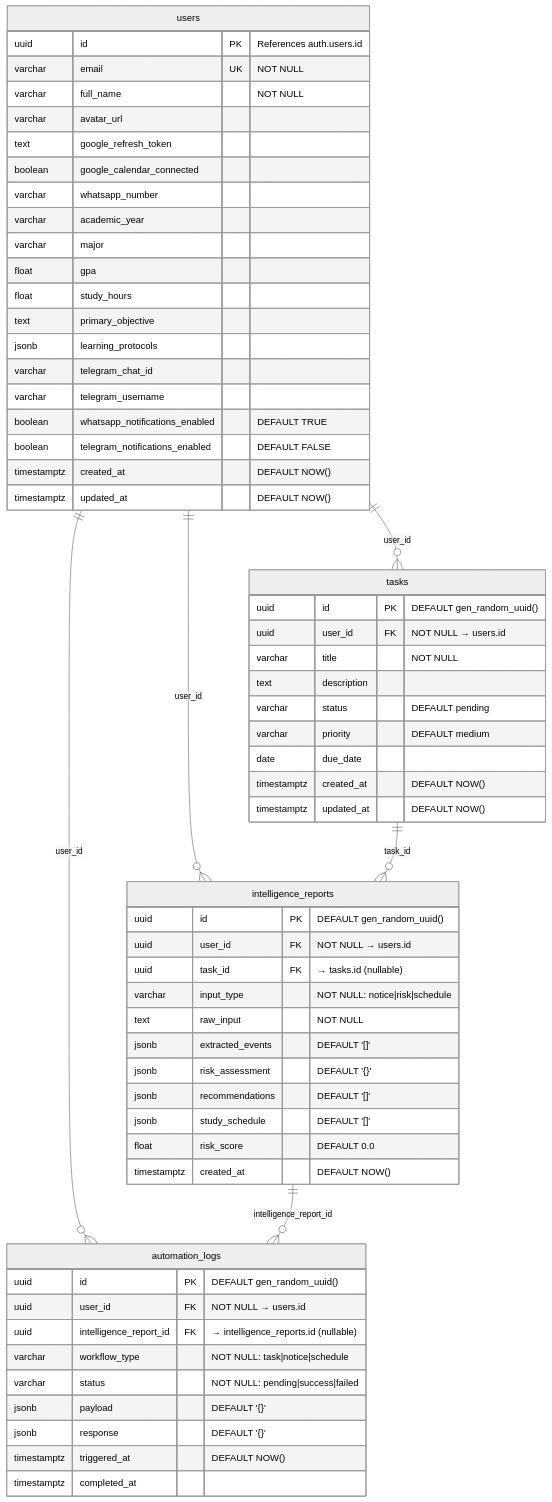
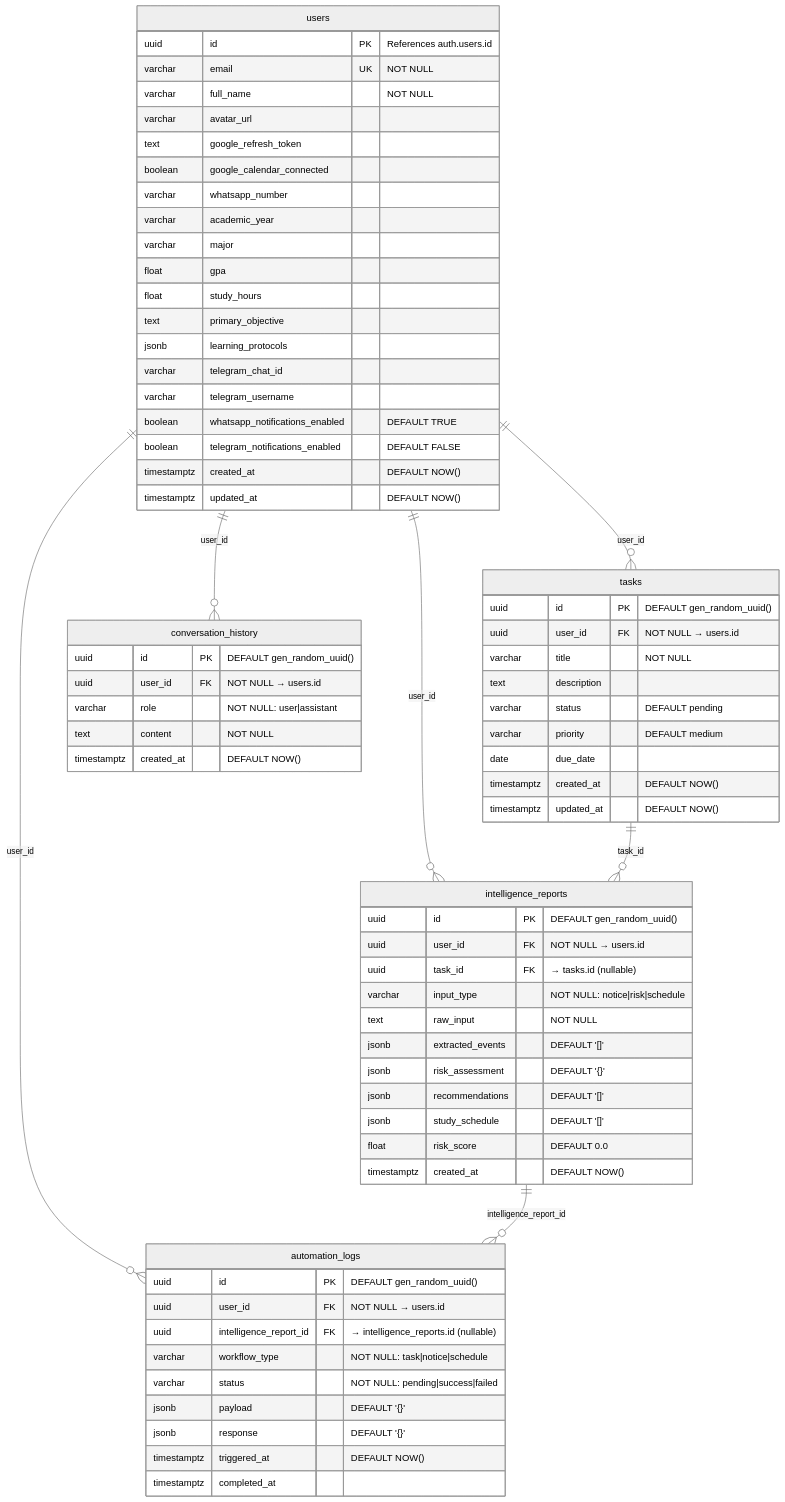
Before and after one commit to AdharshJolly/Academix: the diagram in docs/DATABASE_SCHEMA.md, drawn with Mermaid (neutral theme). The commit also changed other lines of this file and 13 other files, not shown here.

Commit message:
feat: refactor API dependencies to use dependency injection and add conversation history table to the database schema

````diff
--- a/docs/DATABASE_SCHEMA.md
+++ b/docs/DATABASE_SCHEMA.md
@@ -23,68 +24,77 @@
 ```mermaid
 erDiagram
     users {
         uuid id PK "References auth.users.id"
         varchar email UK "NOT NULL"
         varchar full_name "NOT NULL"
         varchar avatar_url
         text google_refresh_token
         boolean google_calendar_connected
         varchar whatsapp_number
         varchar academic_year
         varchar major
         float gpa
         float study_hours
         text primary_objective
         jsonb learning_protocols
         varchar telegram_chat_id
         varchar telegram_username
         boolean whatsapp_notifications_enabled "DEFAULT TRUE"
         boolean telegram_notifications_enabled "DEFAULT FALSE"
         timestamptz created_at "DEFAULT NOW()"
         timestamptz updated_at "DEFAULT NOW()"
     }
 
     tasks {
         uuid id PK "DEFAULT gen_random_uuid()"
         uuid user_id FK "NOT NULL → users.id"
         varchar title "NOT NULL"
         text description
         varchar status "DEFAULT pending"
         varchar priority "DEFAULT medium"
         date due_date
         timestamptz created_at "DEFAULT NOW()"
         timestamptz updated_at "DEFAULT NOW()"
     }
 
     intelligence_reports {
         uuid id PK "DEFAULT gen_random_uuid()"
         uuid user_id FK "NOT NULL → users.id"
         uuid task_id FK "→ tasks.id (nullable)"
         varchar input_type "NOT NULL: notice|risk|schedule"
         text raw_input "NOT NULL"
         jsonb extracted_events "DEFAULT '[]'"
         jsonb risk_assessment "DEFAULT '{}'"
         jsonb recommendations "DEFAULT '[]'"
         jsonb study_schedule "DEFAULT '[]'"
         float risk_score "DEFAULT 0.0"
         timestamptz created_at "DEFAULT NOW()"
     }
 
     automation_logs {
         uuid id PK "DEFAULT gen_random_uuid()"
         uuid user_id FK "NOT NULL → users.id"
         uuid intelligence_report_id FK "→ intelligence_reports.id (nullable)"
         varchar workflow_type "NOT NULL: task|notice|schedule"
         varchar status "NOT NULL: pending|success|failed"
         jsonb payload "DEFAULT '{}'"
         jsonb response "DEFAULT '{}'"
         timestamptz triggered_at "DEFAULT NOW()"
         timestamptz completed_at
     }
 
+    conversation_history {
+        uuid id PK "DEFAULT gen_random_uuid()"
+        uuid user_id FK "NOT NULL → users.id"
+        varchar role "NOT NULL: user|assistant"
+        text content "NOT NULL"
+        timestamptz created_at "DEFAULT NOW()"
+    }
+
     users ||--o{ tasks : "user_id"
     users ||--o{ intelligence_reports : "user_id"
     users ||--o{ automation_logs : "user_id"
+    users ||--o{ conversation_history : "user_id"
     tasks ||--o{ intelligence_reports : "task_id"
     intelligence_reports ||--o{ automation_logs : "intelligence_report_id"
 ```
````
